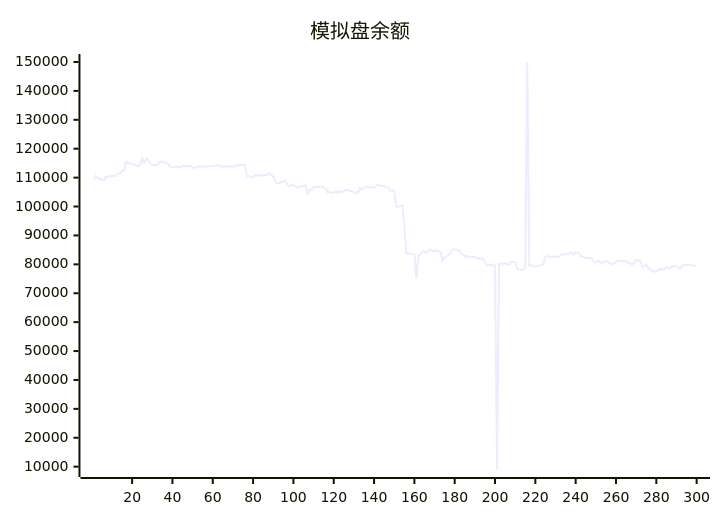
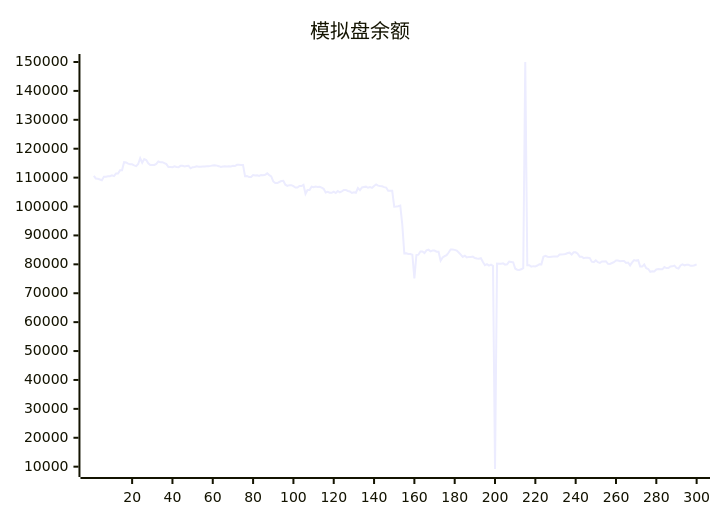
The diagram in README.md (aahl/ai-trading), drawn with Mermaid before and after one commit. The commit also changed other lines of this file and 1 other file, not shown here.

````diff
--- a/README.md
+++ b/README.md
@@ -5,5 +5,5 @@
 ```mermaid
 xychart
     title "模拟盘余额"
-    line [109053,110606,109702,109584,109337,109071,110342,110342,110488,110488,110814,110531,111421,111421,112518,112522,115341,115266,114830,114584,114588,114231,113973,114726,116697,115160,116423,116083,114950,114365,114365,114388,114730,115582,115358,115358,115032,114686,113688,113688,113610,113930,113672,113585,114083,114074,113840,113996,114051,113208,113593,113701,113901,113794,113784,113810,113848,113927,113929,114064,114232,114293,114144,113960,113698,113853,113942,113812,113908,113877,114091,113998,114427,114422,114384,114384,110477,110576,110198,110198,110890,110712,110812,110569,110929,110847,110968,111478,110870,110433,108661,108116,108115,108485,108797,108877,107536,107134,107393,107393,107046,106565,106565,107081,107081,107478,104404,105715,105749,106866,106651,106889,106771,106816,106565,106141,104876,105103,104796,104734,105169,104690,105380,104941,105272,105709,105739,105374,105227,104691,104924,104762,106364,105628,106608,106748,106872,106485,106721,106468,107132,107620,107224,107080,107001,106717,106567,105431,105431,105440,99950,100017,100113,100337,93749,83795,83807,83567,83567,83342,75168,83222,83336,84448,84449,83896,84839,85065,84499,84757,84757,84364,84347,81254,82385,82835,83184,84099,85150,85150,85002,84751,84096,83356,82582,82983,82404,82572,82512,82688,82200,82047,81920,82125,80840,79688,80060,79552,79920,79470,9193,80236,80208,80170,80336,79894,80006,80954,80837,80712,78561,78139,78037,78293,78682,150000,79720,79720,79214,79372,79279,79591,80046,79993,82625,82950,82626,82571,82633,82670,82670,82681,83386,83378,83464,83579,83920,84037,83402,84160,84142,83652,82655,82655,82145,82315,82243,82163,80934,80770,81371,80742,80468,80989,80989,81067,80191,80155,80450,80737,81309,81309,81106,81119,81119,80471,80631,79624,80670,81448,81290,81429,79212,79222,79940,78643,78380,77432,77623,77504,78235,78358,78284,78277,79048,78714,78714,79290,79308,79567,78763,78563,79603,79988,79652,79813,79813,79476,79469,79673]
+    line [110606,109702,109584,109337,109071,110342,110342,110488,110488,110814,110531,111421,111421,112518,112522,115341,115266,114830,114584,114588,114231,113973,114726,116697,115160,116423,116083,114950,114365,114365,114388,114730,115582,115358,115358,115032,114686,113688,113688,113610,113930,113672,113585,114083,114074,113840,113996,114051,113208,113593,113701,113901,113794,113784,113810,113848,113927,113929,114064,114232,114293,114144,113960,113698,113853,113942,113812,113908,113877,114091,113998,114427,114422,114384,114384,110477,110576,110198,110198,110890,110712,110812,110569,110929,110847,110968,111478,110870,110433,108661,108116,108115,108485,108797,108877,107536,107134,107393,107393,107046,106565,106565,107081,107081,107478,104404,105715,105749,106866,106651,106889,106771,106816,106565,106141,104876,105103,104796,104734,105169,104690,105380,104941,105272,105709,105739,105374,105227,104691,104924,104762,106364,105628,106608,106748,106872,106485,106721,106468,107132,107620,107224,107080,107001,106717,106567,105431,105431,105440,99950,100017,100113,100337,93749,83795,83807,83567,83567,83342,75168,83222,83336,84448,84449,83896,84839,85065,84499,84757,84757,84364,84347,81254,82385,82835,83184,84099,85150,85150,85002,84751,84096,83356,82582,82983,82404,82572,82512,82688,82200,82047,81920,82125,80840,79688,80060,79552,79920,79470,9193,80236,80208,80170,80336,79894,80006,80954,80837,80712,78561,78139,78037,78293,78682,150000,79720,79720,79214,79372,79279,79591,80046,79993,82625,82950,82626,82571,82633,82670,82670,82681,83386,83378,83464,83579,83920,84037,83402,84160,84142,83652,82655,82655,82145,82315,82243,82163,80934,80770,81371,80742,80468,80989,80989,81067,80191,80155,80450,80737,81309,81309,81106,81119,81119,80471,80631,79624,80670,81448,81290,81429,79212,79222,79940,78643,78380,77432,77623,77504,78235,78358,78284,78277,79048,78714,78714,79290,79308,79567,78763,78563,79603,79988,79652,79813,79813,79476,79469,79673,79995]
 ```
````
